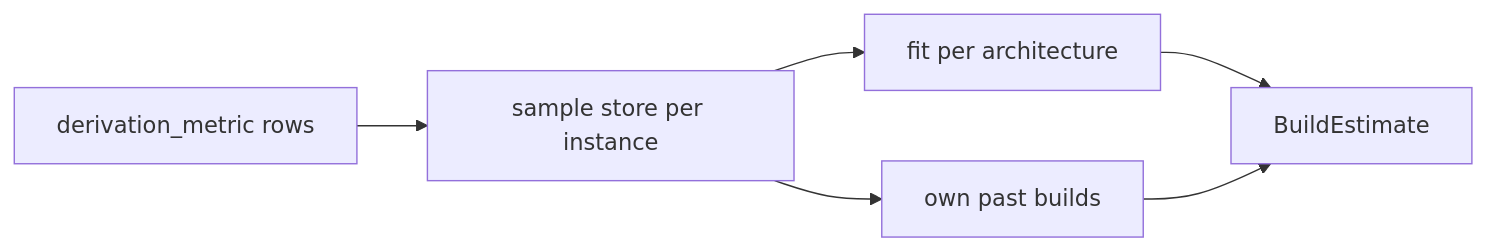
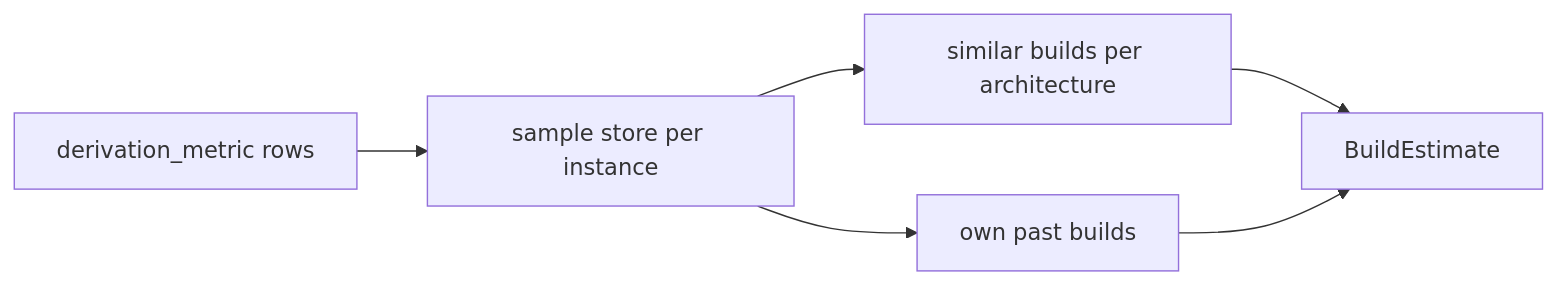
The second of 2 diagrams in docs/src/contributors/scheduler/scoring.md (wavelens/gradient), drawn with Mermaid before and after one commit. The commit also changed other lines of this file and 7 other files, not shown here.

Commit message:
pool: feat: estimate from similar builds

````diff
--- a/docs/src/contributors/scheduler/scoring.md
+++ b/docs/src/contributors/scheduler/scoring.md
@@ -90,8 +90,8 @@
 ```mermaid
 flowchart LR
   rows["derivation_metric rows"] --> store["sample store per instance"]
-  store --> fit["fit per architecture"]
+  store --> similar["similar builds per architecture"]
   store --> own["own past builds"]
-  fit --> estimate["BuildEstimate"]
+  similar --> estimate["BuildEstimate"]
   own --> estimate
 ```
````
